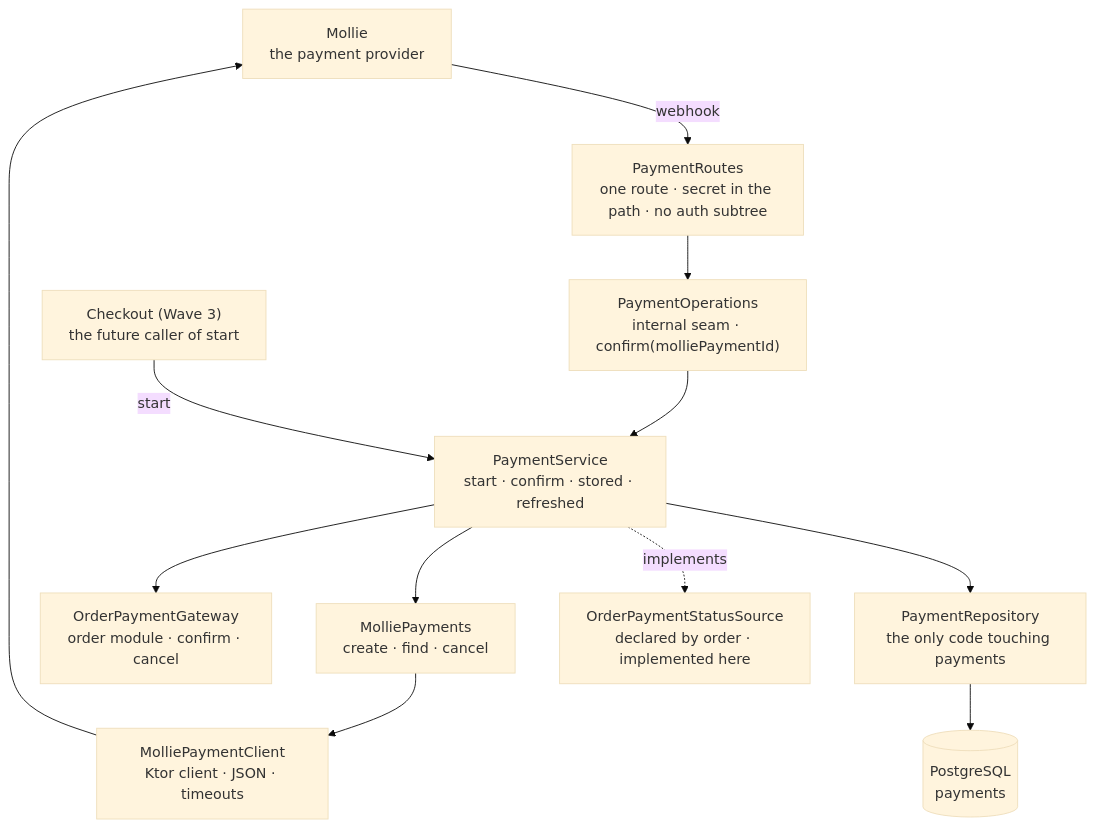
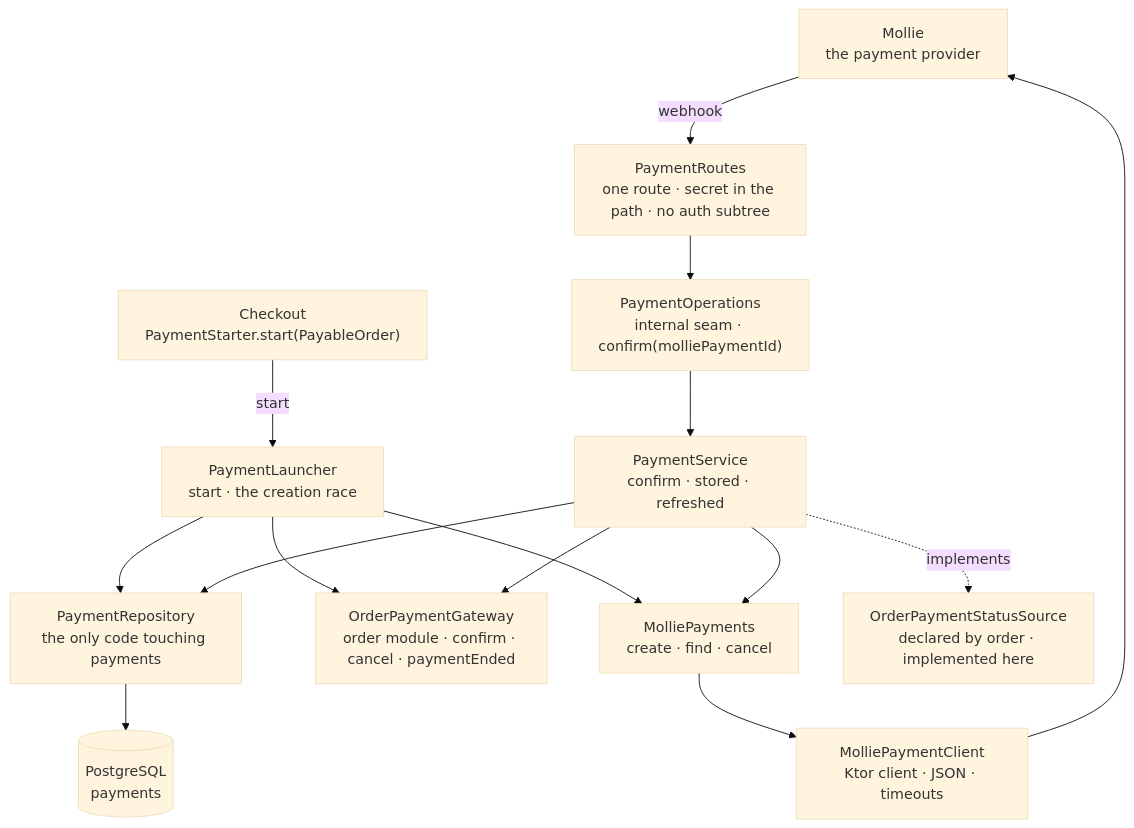
Before and after one commit to bitstorm-tech/voenix-shop-kotlin: the diagram in docs/dev/backend/payment-package.md, drawn with Mermaid (base theme). The commit also changed other lines of this file and 13 other files, not shown here.

Commit message:
Checkout T4: payment PaymentStarter, PaymentRequest deleted, terminal-end notification

````diff
--- a/docs/dev/backend/payment-package.md
+++ b/docs/dev/backend/payment-package.md
@@ -32,21 +32,25 @@
 ```mermaid
 flowchart TB
     Mollie["Mollie<br/>the payment provider"]
-    Checkout["Checkout (Wave 3)<br/>the future caller of start"]
+    Checkout["Checkout<br/>PaymentStarter.start(PayableOrder)"]
     Routes["PaymentRoutes<br/>one route · secret in the path · no auth subtree"]
     Operations["PaymentOperations<br/>internal seam · confirm(molliePaymentId)"]
-    Service["PaymentService<br/>start · confirm · stored · refreshed"]
+    Launcher["PaymentLauncher<br/>start · the creation race"]
+    Service["PaymentService<br/>confirm · stored · refreshed"]
     Port["MolliePayments<br/>create · find · cancel"]
     Client["MolliePaymentClient<br/>Ktor client · JSON · timeouts"]
-    Gateway["OrderPaymentGateway<br/>order module · confirm · cancel"]
+    Gateway["OrderPaymentGateway<br/>order module · confirm · cancel · paymentEnded"]
     Repository["PaymentRepository<br/>the only code touching payments"]
     Tables[("PostgreSQL<br/>payments")]
     OrderRead["OrderPaymentStatusSource<br/>declared by order · implemented here"]
 
     Mollie -->|webhook| Routes --> Operations --> Service
-    Checkout -->|start| Service
+    Checkout -->|start| Launcher
+    Launcher --> Port
+    Launcher --> Gateway
+    Launcher --> Repository
     Service --> Port --> Client --> Mollie
     Service --> Gateway
     Service --> Repository --> Tables
     Service -. implements .-> OrderRead
 ```
````
